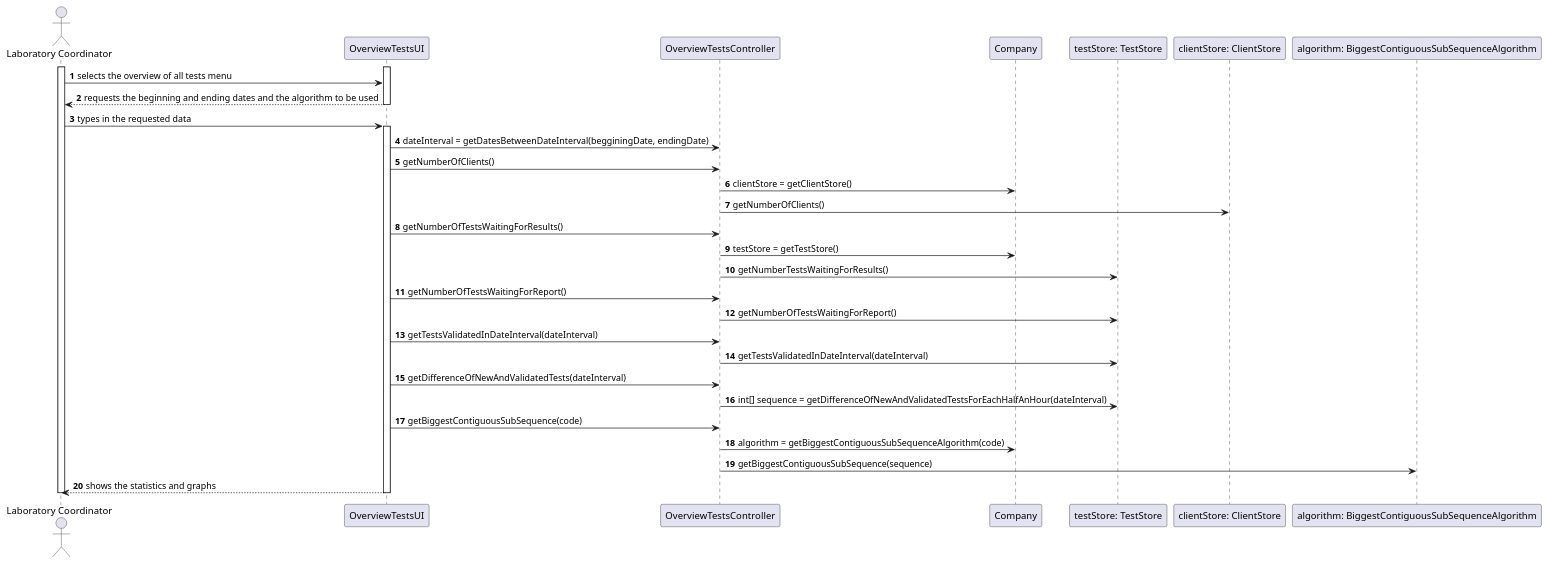
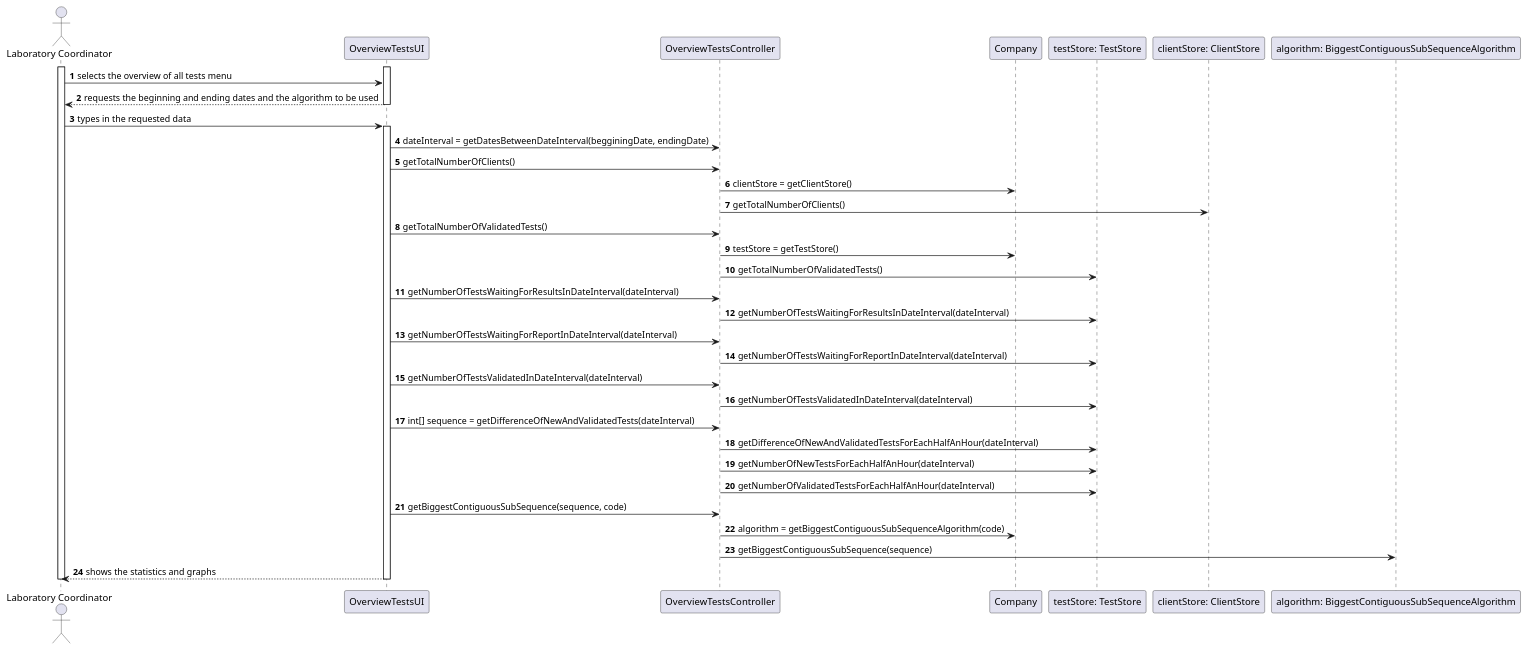
Before and after one commit to MadDinosaur/ISEP-LAPR2: the diagram in docs/SprintD/US16/US16_SD.puml, drawn with PlantUML. The commit also changed 5 other files, not shown here.

Commit message:
US16: added a q&a to the requirements file; made some changes to the sequence diagram; implemented the code required for the user story.

```diff
--- a/docs/SprintD/US16/US16_SD.puml
+++ b/docs/SprintD/US16/US16_SD.puml
@@ -1,42 +1,46 @@
 @startuml
 
 autonumber
 
 actor "Laboratory Coordinator" as lc
 participant "OverviewTestsUI" as otUI
 participant "OverviewTestsController" as otC
 participant "Company" as company
 participant "testStore: TestStore" as ts
 participant "clientStore: ClientStore" as cs
 participant "algorithm: BiggestContiguousSubSequenceAlgorithm"
 
 activate lc
 activate otUI
 
 lc -> otUI: selects the overview of all tests menu
 otUI -[dotted]> lc: requests the beginning and ending dates and the algorithm to be used
 deactivate otUI
 lc -> otUI: types in the requested data
 activate otUI
 otUI -> otC: dateInterval = getDatesBetweenDateInterval(begginingDate, endingDate)
-otUI -> otC: getNumberOfClients()
+otUI -> otC: getTotalNumberOfClients()
 otC -> company: clientStore = getClientStore()
-otC -> cs: getNumberOfClients()
-otUI -> otC: getNumberOfTestsWaitingForResults()
+otC -> cs: getTotalNumberOfClients()
+otUI -> otC: getTotalNumberOfValidatedTests()
 otC -> company: testStore = getTestStore()
-otC -> ts: getNumberTestsWaitingForResults()
-otUI -> otC: getNumberOfTestsWaitingForReport()
-otC -> ts: getNumberOfTestsWaitingForReport()
-otUI -> otC: getTestsValidatedInDateInterval(dateInterval)
-otC -> ts: getTestsValidatedInDateInterval(dateInterval)
-otUI -> otC: getDifferenceOfNewAndValidatedTests(dateInterval)
-otC -> ts: int[] sequence = getDifferenceOfNewAndValidatedTestsForEachHalfAnHour(dateInterval)
-otUI -> otC: getBiggestContiguousSubSequence(code)
+otC -> ts: getTotalNumberOfValidatedTests()
+otUI -> otC: getNumberOfTestsWaitingForResultsInDateInterval(dateInterval)
+otC -> ts: getNumberOfTestsWaitingForResultsInDateInterval(dateInterval)
+otUI -> otC: getNumberOfTestsWaitingForReportInDateInterval(dateInterval)
+otC -> ts: getNumberOfTestsWaitingForReportInDateInterval(dateInterval)
+otUI -> otC: getNumberOfTestsValidatedInDateInterval(dateInterval)
+otC -> ts: getNumberOfTestsValidatedInDateInterval(dateInterval)
+otUI -> otC: int[] sequence = getDifferenceOfNewAndValidatedTests(dateInterval)
+otC -> ts: getDifferenceOfNewAndValidatedTestsForEachHalfAnHour(dateInterval)
+otC -> ts: getNumberOfNewTestsForEachHalfAnHour(dateInterval)
+otC -> ts: getNumberOfValidatedTestsForEachHalfAnHour(dateInterval)
+otUI -> otC: getBiggestContiguousSubSequence(sequence, code)
 otC -> company: algorithm = getBiggestContiguousSubSequenceAlgorithm(code)
 otC -> "algorithm: BiggestContiguousSubSequenceAlgorithm": getBiggestContiguousSubSequence(sequence)
 otUI -[dotted]> lc: shows the statistics and graphs
 
 deactivate otUI
 deactivate lc
 
 @enduml
```
